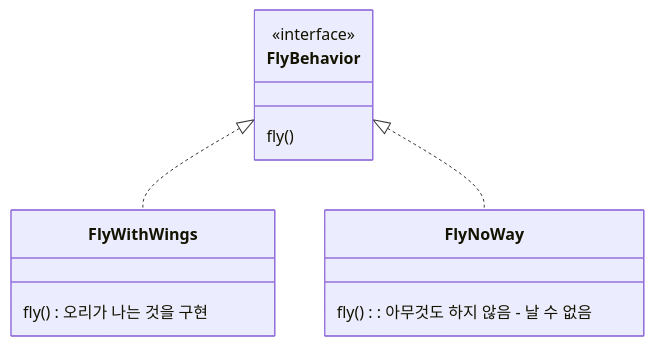
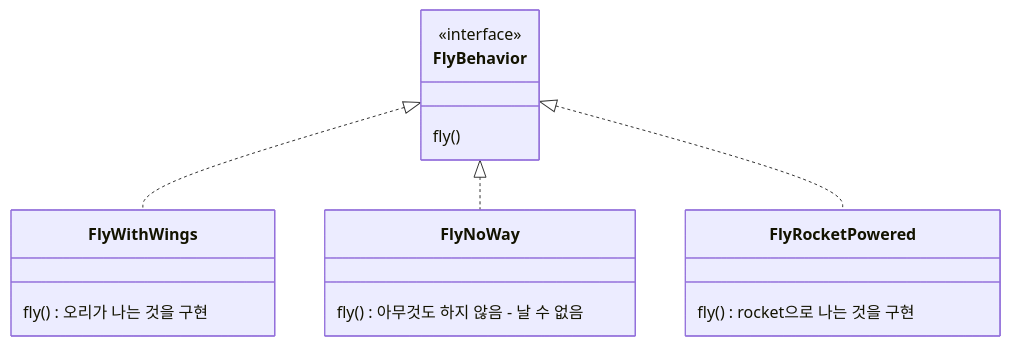
The second of 3 diagrams in design/design-pattern/strategy-pattern.md (choesimin/choesimin.github.io), drawn with Mermaid before and after one commit. The commit also changed other lines of this file and 2 other files, not shown here.

````diff
--- a/design/design-pattern/strategy-pattern.md
+++ b/design/design-pattern/strategy-pattern.md
@@ -56,19 +63,24 @@
 ```mermaid
 classDiagram
 
 class FlyBehavior {
     <<interface>>
     fly()
 }
 
 class FlyWithWings {
     fly() 오리가 나는 것을 구현
 }
 
 class FlyNoWay {
-    fly() : 아무것도 하지 않음 - 날 수 없음
+    fly() 아무것도 하지 않음 - 날 수 없음
+}
+
+class FlyRocketPowered {
+    fly() rocket으로 나는 것을 구현
 }
 
 FlyBehavior <|.. FlyWithWings
 FlyBehavior <|.. FlyNoWay
+FlyBehavior <|.. FlyRocketPowered
 ```
````
